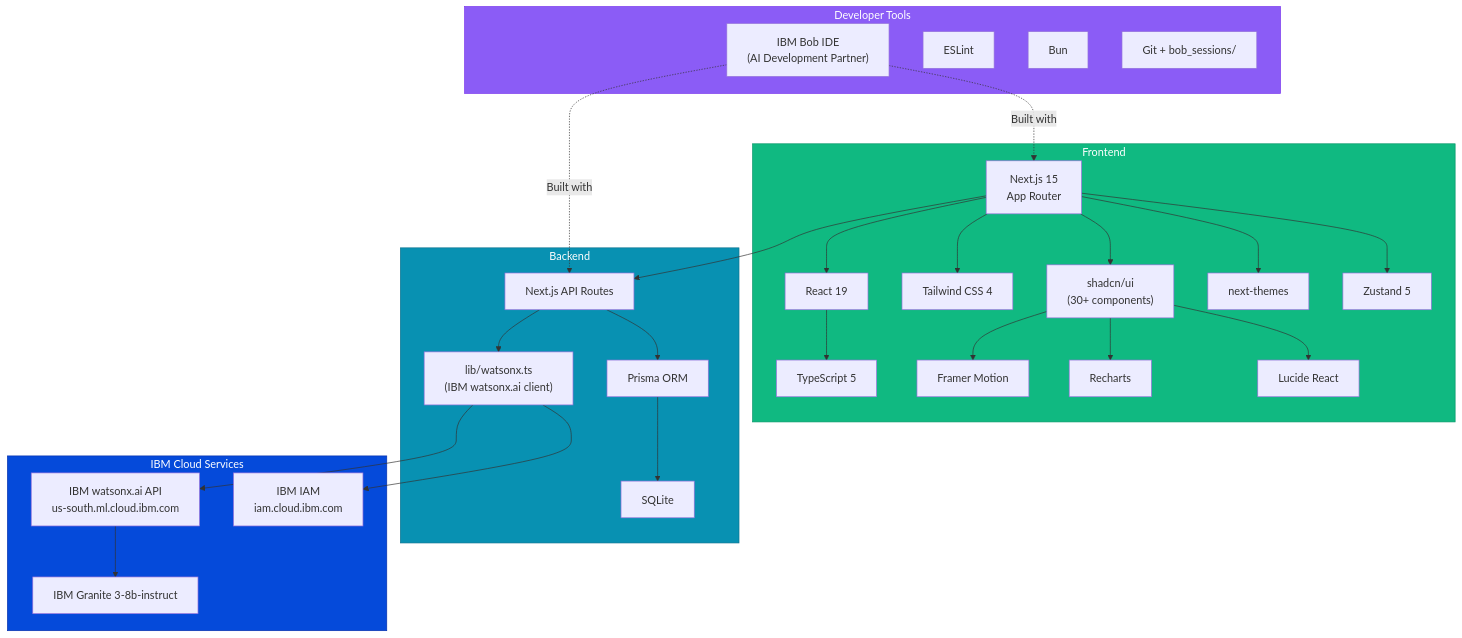
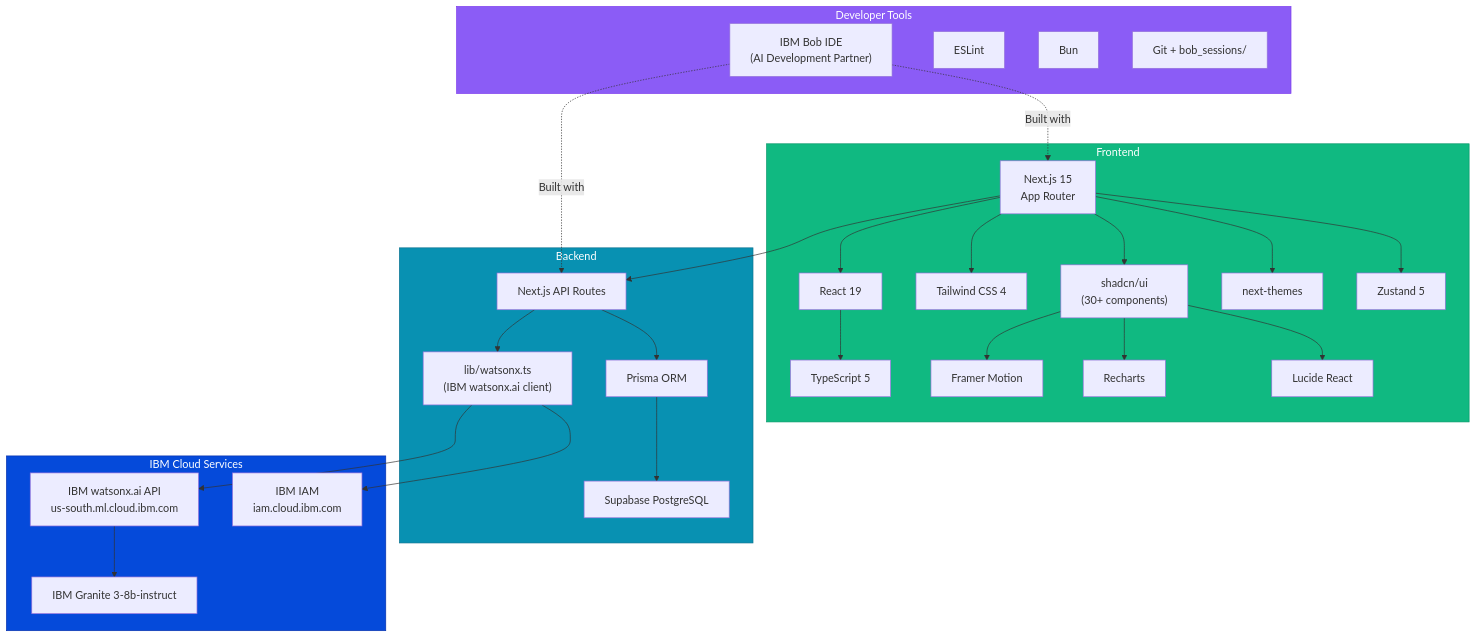
One commit to arcxteam/IBM-Bob-Code changed diagram 15 of 21 in ARCHITECTURE.md. Above: the diagram before and after it, drawn with Mermaid. The commit also changed other lines of this file and 25 other files, not shown here.

First line of the commit message:
fix: post-deadline patch — Bob Shell proxy, Supabase PostgreSQL, TypeScript fixes, docs update

````diff
--- a/ARCHITECTURE.md
+++ b/ARCHITECTURE.md
@@ -701,61 +713,61 @@
 ```mermaid
 graph TB
     subgraph Frontend ["Frontend"]
         FW["Next.js 15<br/>App Router"]
         React["React 19"]
         TS["TypeScript 5"]
         TW["Tailwind CSS 4"]
         UI["shadcn/ui<br/>(30+ components)"]
         Motion["Framer Motion"]
         Charts["Recharts"]
         Icons["Lucide React"]
         Theme["next-themes"]
         State["Zustand 5"]
     end
 
     subgraph Backend ["Backend"]
         APIR["Next.js API Routes"]
         WXLib["lib/watsonx.ts<br/>(IBM watsonx.ai client)"]
         Prisma["Prisma ORM"]
-        SQLite["SQLite"]
+        PG["Supabase PostgreSQL"]
     end
 
     subgraph IBM_Services ["IBM Cloud Services"]
         WXAI["IBM watsonx.ai API<br/>us-south.ml.cloud.ibm.com"]
         Granite["IBM Granite 3-8b-instruct"]
         IAM["IBM IAM<br/>iam.cloud.ibm.com"]
     end
 
     subgraph DevTools ["Developer Tools"]
         Bob["IBM Bob IDE<br/>(AI Development Partner)"]
         Lint["ESLint"]
         PM["Bun"]
         Git["Git + bob_sessions/"]
     end
 
     FW --> React
     React --> TS
     FW --> TW
     FW --> UI
     UI --> Motion
     UI --> Charts
     UI --> Icons
     FW --> Theme
     FW --> State
 
     FW --> APIR
     APIR --> WXLib
     WXLib --> IAM
     WXLib --> WXAI
     WXAI --> Granite
     APIR --> Prisma
-    Prisma --> SQLite
+    Prisma --> PG
 
     Bob -.->|Built with| FW
     Bob -.->|Built with| APIR
 
     style Frontend fill:#10b981,stroke:#059669,color:#fff
     style Backend fill:#0891b2,stroke:#0e7490,color:#fff
     style IBM_Services fill:#054ADA,stroke:#0530AD,color:#fff
     style DevTools fill:#8b5cf6,stroke:#7c3aed,color:#fff
 ```
````
